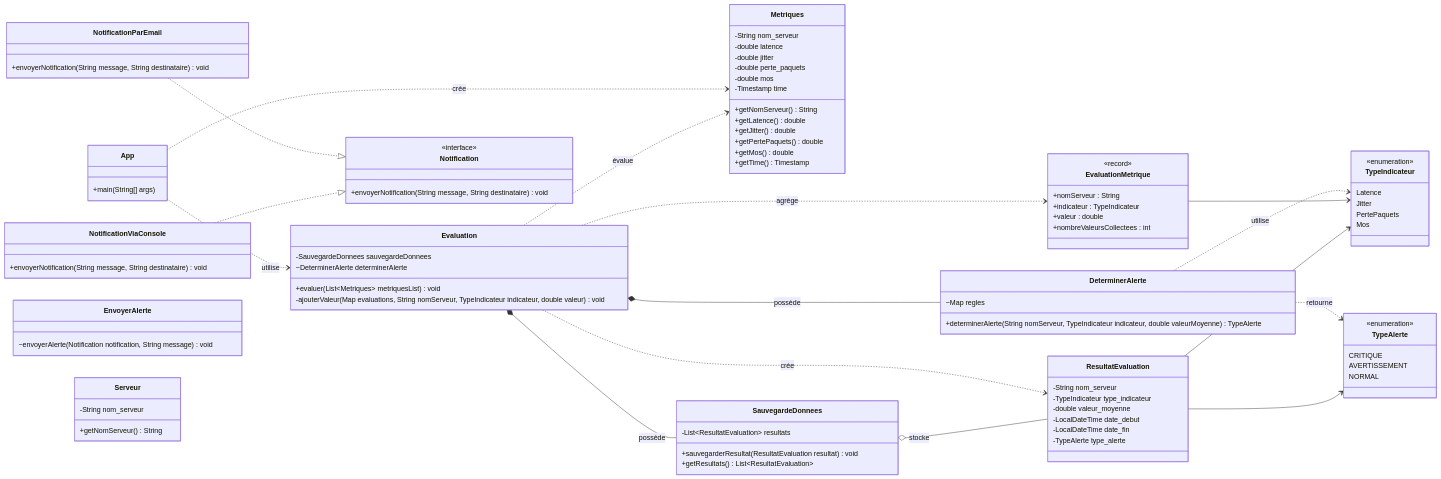
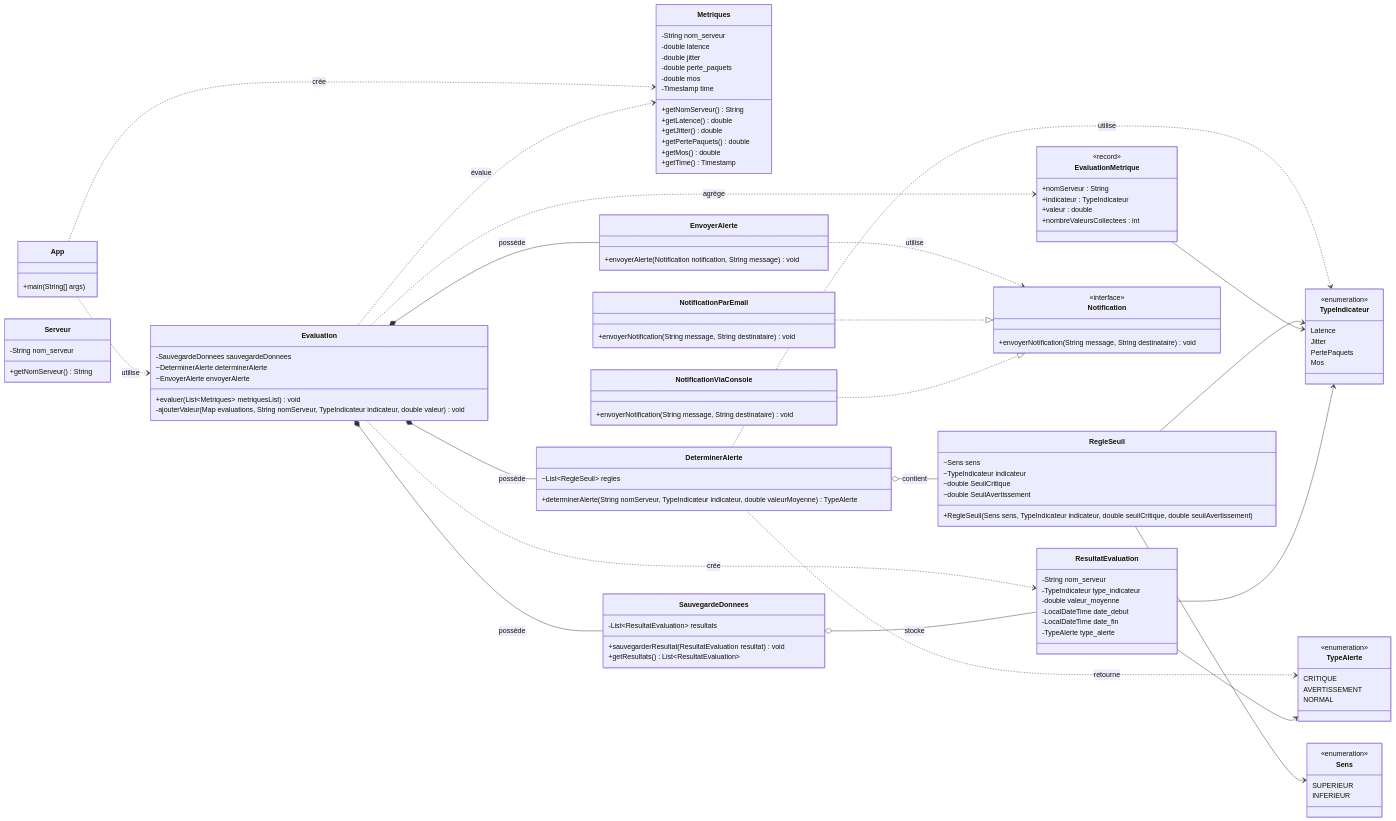
Before and after one commit to Maroua512/SOLID_VOIP_System: the diagram in README.md, drawn with Mermaid. The commit also changed other lines of this file, not shown here.

Commit message:
Mise à jour du Diagramme UML

```diff
--- a/README.md
+++ b/README.md
@@ -34,6 +34,7 @@
     class Evaluation {
         -SauvegardeDonnees sauvegardeDonnees
         ~DeterminerAlerte determinerAlerte
+        ~EnvoyerAlerte envoyerAlerte
         +evaluer(List~Metriques~ metriquesList) void
         -ajouterValeur(Map evaluations, String nomServeur, TypeIndicateur indicateur, double valeur) void
     }
@@ -90,12 +91,26 @@
     }
 
     class DeterminerAlerte {
-        ~Map regles
+        ~List~RegleSeuil~ regles
         +determinerAlerte(String nomServeur, TypeIndicateur indicateur, double valeurMoyenne) TypeAlerte
     }
 
+    class RegleSeuil {
+        ~Sens sens
+        ~TypeIndicateur indicateur
+        ~double SeuilCritique
+        ~double SeuilAvertissement
+        +RegleSeuil(Sens sens, TypeIndicateur indicateur, double seuilCritique, double seuilAvertissement)
+    }
+
+    class Sens {
+        <<enumeration>>
+        SUPERIEUR
+        INFERIEUR
+    }
+
     class EnvoyerAlerte {
-        ~envoyerAlerte(Notification notification, String message) void
+        +envoyerAlerte(Notification notification, String message) void
     }
 
     class Serveur {
@@ -122,11 +137,16 @@
     App ..> Metriques : crée
     Evaluation *-- SauvegardeDonnees : possède
     Evaluation *-- DeterminerAlerte : possède
+    Evaluation *-- EnvoyerAlerte : possède
     Evaluation ..> Metriques : évalue
     Evaluation ..> EvaluationMetrique : agrège
     Evaluation ..> ResultatEvaluation : crée
+    DeterminerAlerte o-- RegleSeuil : contient
     DeterminerAlerte ..> TypeIndicateur : utilise
     DeterminerAlerte ..> TypeAlerte : retourne
+    RegleSeuil --> Sens
+    RegleSeuil --> TypeIndicateur
+    EnvoyerAlerte ..> Notification : utilise
     NotificationParEmail ..|> Notification
     NotificationViaConsole ..|> Notification
     SauvegardeDonnees o-- ResultatEvaluation : stocke
```
